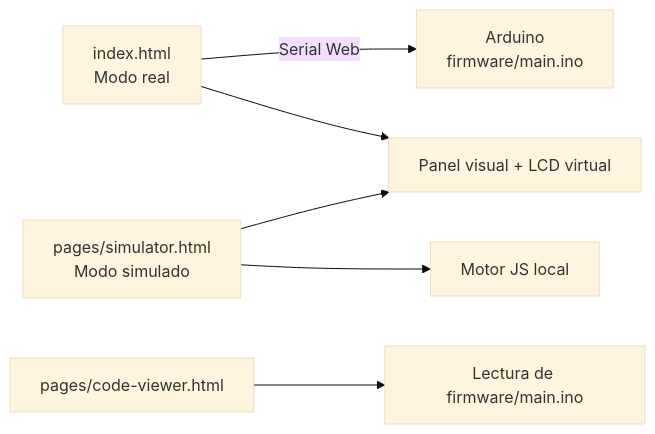
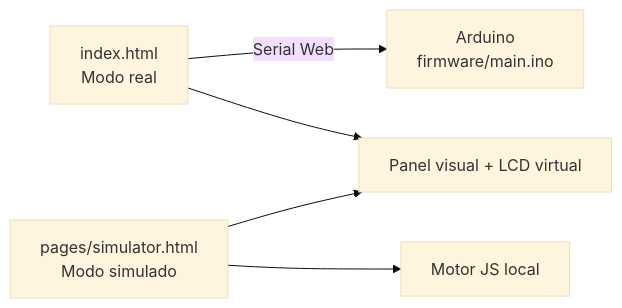
The diagram in README.md (mattahuasi/proyecto-fisica-aplicada), drawn with Mermaid (base theme) before and after one commit. The commit also changed other lines of this file and 5 other files, not shown here.

Commit message:
Remove code viewer page and related assets; update links to GitHub repository

````diff
--- a/README.md
+++ b/README.md
@@ -57,8 +54,7 @@
 ```mermaid
 flowchart LR
     A[index.html<br/>Modo real] -->|Serial Web| B[Arduino<br/>firmware/main.ino]
     C[pages/simulator.html<br/>Modo simulado] --> D[Motor JS local]
     A --> E[Panel visual + LCD virtual]
     C --> E
-    F[pages/code-viewer.html] --> G[Lectura de firmware/main.ino]
 ```
````
